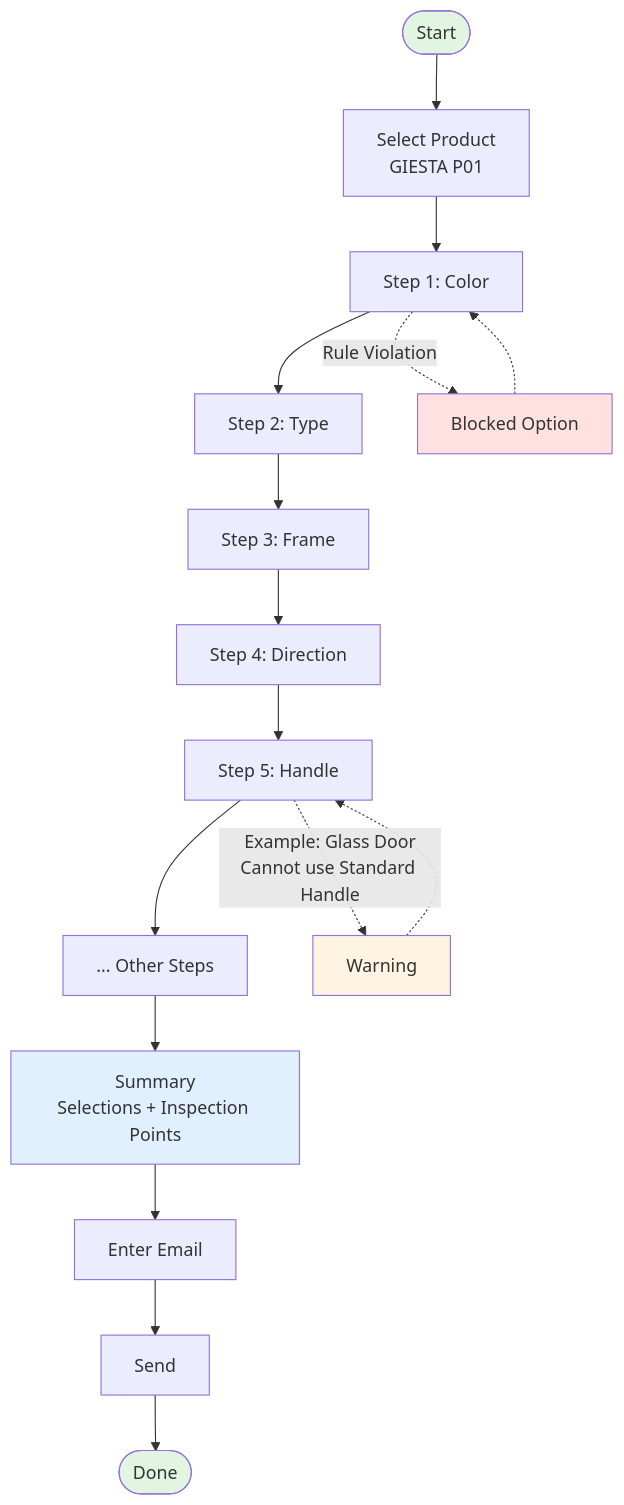
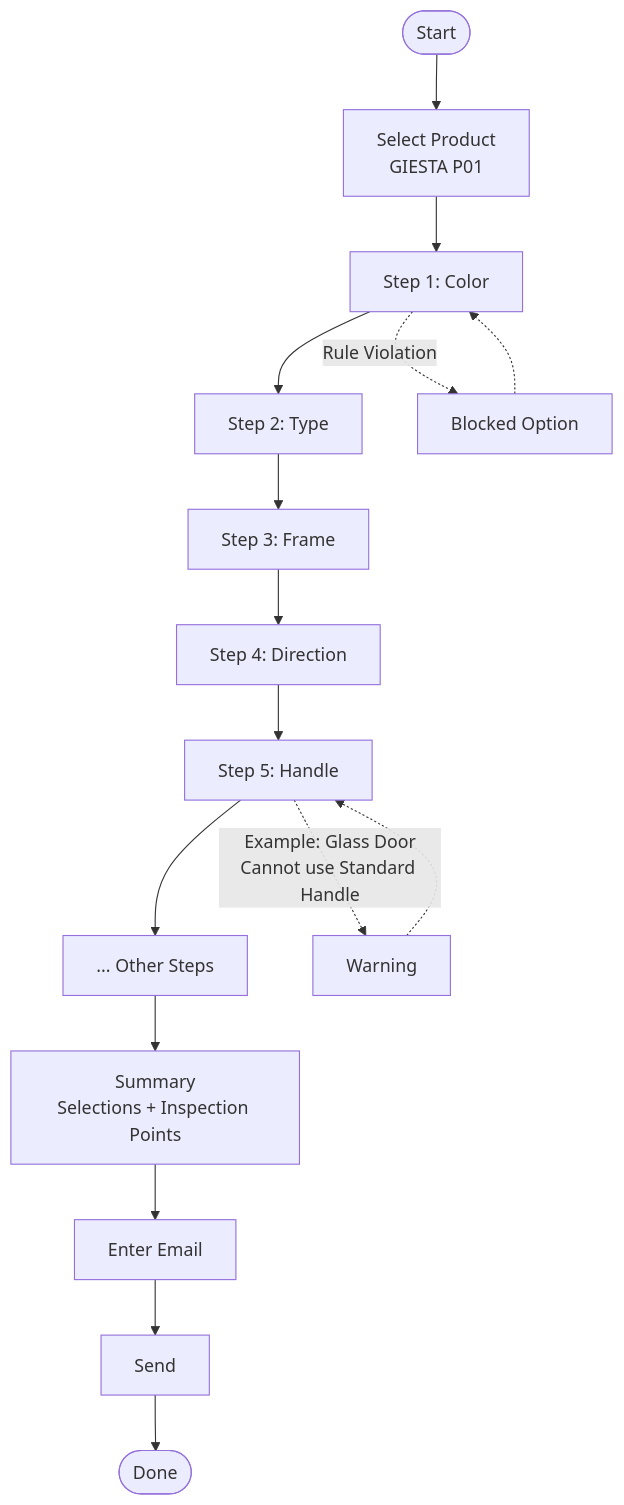
One commit to Jedsadha1777/door-config changed the first of 2 diagrams in README.md. Above: the diagram before and after it, drawn with Mermaid.

````diff
--- a/README.md
+++ b/README.md
@@ -7,25 +7,19 @@
 ```mermaid
 flowchart TD
     Start([Start]) --> SelectProduct[Select Product<br/>GIESTA P01]
     SelectProduct --> Step1[Step 1: Color ]
     Step1 --> Step2[Step 2: Type ]
     Step2 --> Step3[Step 3: Frame ]
     Step3 --> Step4[Step 4: Direction ]
     Step4 --> Step5[Step 5: Handle ]
     Step5 --> MoreSteps[... Other Steps]
     MoreSteps --> Summary[ Summary<br/>Selections + Inspection Points]
     Summary --> Email[ Enter Email]
     Email --> Send[Send]
     Send --> Success([ Done])
     
     Step1 -.->|Rule Violation| Block1[ Blocked Option]
     Block1 -.-> Step1
     Step5 -.->|Example: Glass Door<br/>Cannot use Standard Handle| Block2[ Warning]
     Block2 -.-> Step5
-
-    style Start fill:#e1f5e1
-    style Success fill:#e1f5e1
-    style Block1 fill:#ffe1e1
-    style Block2 fill:#fff4e1
-    style Summary fill:#e1f0ff
 ```
````
